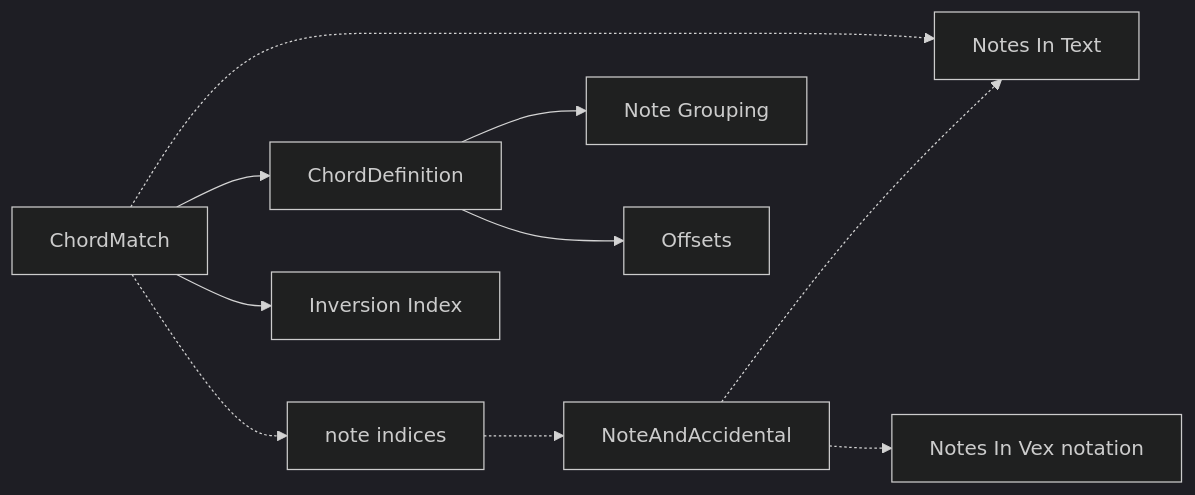
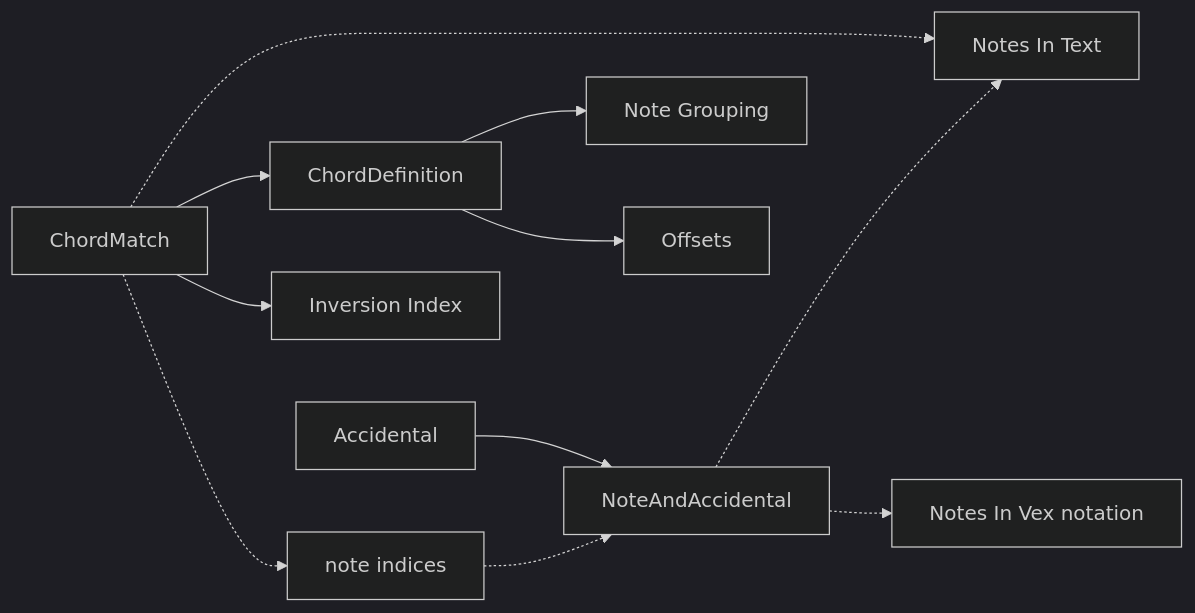
The diagram in docs/Representation.mmd (alekslovestech/chromatic-circle), drawn with Mermaid (dark theme) before and after one commit.

Commit message:
accidental state added

```diff
--- a/docs/Representation.mmd
+++ b/docs/Representation.mmd
@@ -1,21 +1,23 @@
 flowchart LR
 
 NI["note indices"]
 NA["NoteAndAccidental"]
 NT["Notes In Text"]
 NV["Notes In Vex notation"]
 CM["ChordMatch"]
 CD["ChordDefinition"]
 II["Inversion Index"]
 NG["Note Grouping"]
 OI["Offsets"]
+AC["Accidental"]
 
+AC --> NA
 CM --> CD  
 CD --> NG
 CD --> OI
 CM -.-> NT
 CM -.-> NI
 CM --> II
 NI -.-> NA 
 NA -.-> NT 
 NA -.-> NV 
```
